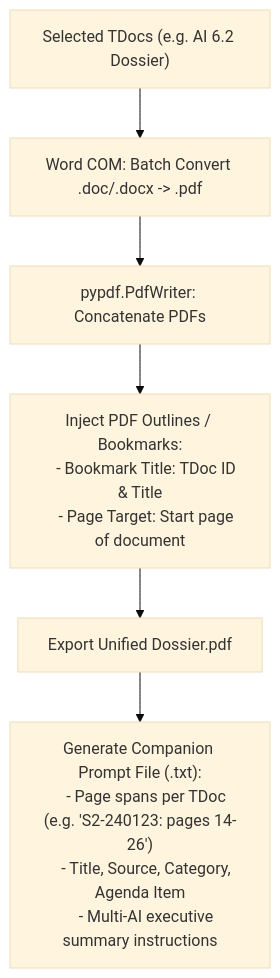
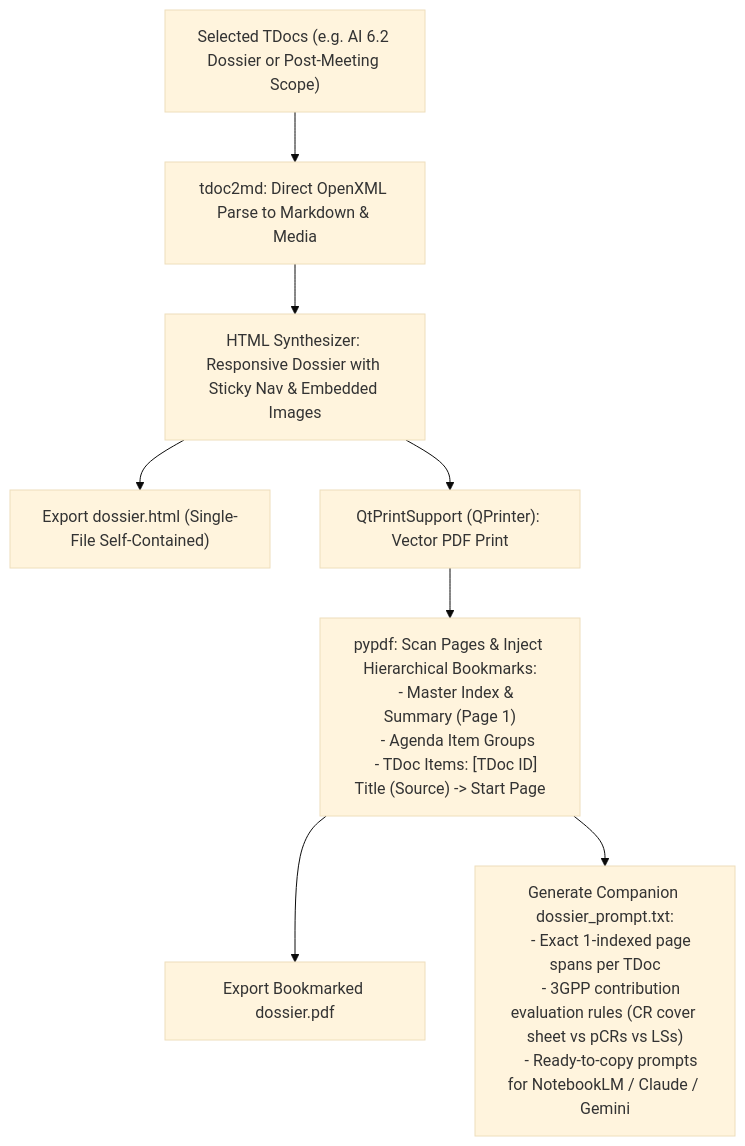
One commit to telekom/3gpp-meeting-tools changed the second of 4 diagrams in 3GPP Tools/docs/LEGACY_FUNCTIONALITIES.md. Above: the diagram before and after it, drawn with Mermaid (base theme). The commit also changed other lines of this file and 11 other files, not shown here.

````diff
--- a/3GPP Tools/docs/LEGACY_FUNCTIONALITIES.md
+++ b/3GPP Tools/docs/LEGACY_FUNCTIONALITIES.md
@@ -139,13 +145,16 @@
 ```mermaid
 flowchart TD
-    Input["Selected TDocs (e.g. AI 6.2 Dossier)"] --> WordPDF["Word COM: Batch Convert .doc/.docx -> .pdf"]
-    WordPDF --> PDFWriter["pypdf.PdfWriter: Concatenate PDFs"]
-    PDFWriter --> Bookmarks["Inject PDF Outlines / Bookmarks:
-    - Bookmark Title: TDoc ID & Title
-    - Page Target: Start page of document"]
-    Bookmarks --> FinalPDF["Export Unified Dossier.pdf"]
-    FinalPDF --> PromptGen["Generate Companion Prompt File (.txt):
-    - Page spans per TDoc (e.g. 'S2-240123: pages 14-26')
-    - Title, Source, Category, Agenda Item
-    - Multi-AI executive summary instructions"]
+    Input["Selected TDocs (e.g. AI 6.2 Dossier or Post-Meeting Scope)"] --> MDExport["tdoc2md: Direct OpenXML Parse to Markdown & Media"]
+    MDExport --> HTMLSynth["HTML Synthesizer: Responsive Dossier with Sticky Nav & Embedded Images"]
+    HTMLSynth --> SaveHTML["Export dossier.html (Single-File Self-Contained)"]
+    HTMLSynth --> PDFEngine["QtPrintSupport (QPrinter): Vector PDF Print"]
+    PDFEngine --> Bookmarks["pypdf: Scan Pages & Inject Hierarchical Bookmarks:
+    - Master Index & Summary (Page 1)
+    - Agenda Item Groups
+    - TDoc Items: [TDoc ID] Title (Source) -> Start Page"]
+    Bookmarks --> FinalPDF["Export Bookmarked dossier.pdf"]
+    Bookmarks --> PromptGen["Generate Companion dossier_prompt.txt:
+    - Exact 1-indexed page spans per TDoc
+    - 3GPP contribution evaluation rules (CR cover sheet vs pCRs vs LSs)
+    - Ready-to-copy prompts for NotebookLM / Claude / Gemini"]
 ```
````
